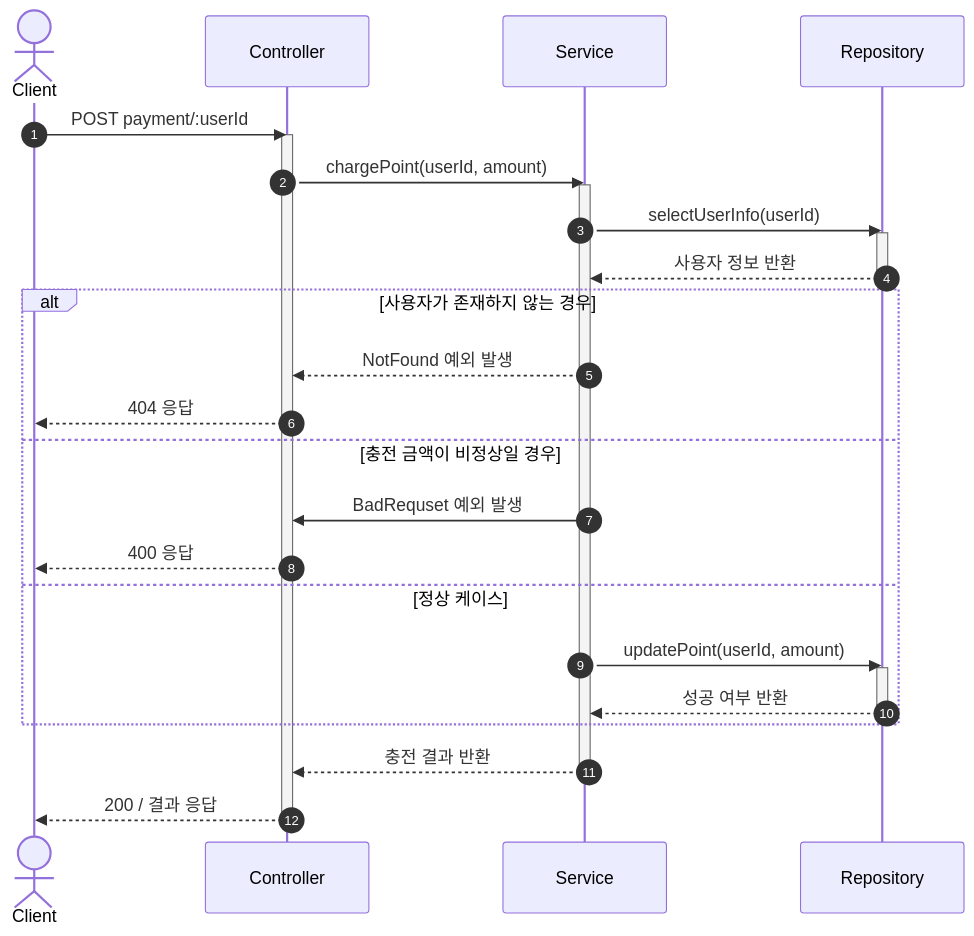
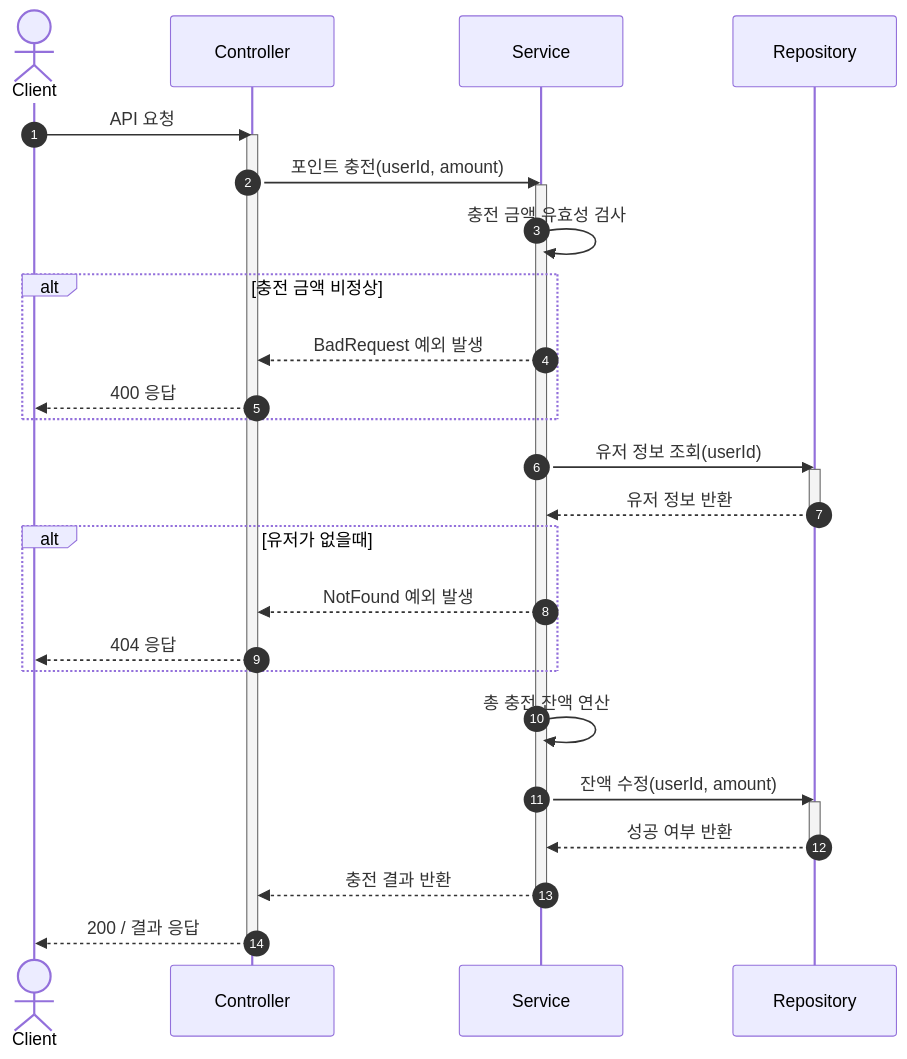
Before and after one commit to wooo73/hhplus-e-commerce: the first of 7 diagrams in docs/sequence-diagram.md, drawn with Mermaid. The commit also changed other lines of this file, not shown here.

First line of the commit message:
docs: 시퀀스 다이어그램 수정

````diff
--- a/docs/sequence-diagram.md
+++ b/docs/sequence-diagram.md
@@ -10,36 +10,38 @@
 ```mermaid
 sequenceDiagram
 autonumber
     actor Client
     participant Controller
     participant Service
     participant Repository
 
-    Client ->> Controller: POST payment/:userId
+    Client ->> Controller: API 요청
     activate Controller
-    Controller ->> Service: chargePoint(userId, amount)
+    Controller ->> Service: 포인트 충전(userId, amount)
     activate Service
 
-    Service ->> Repository: selectUserInfo(userId)
+    Service ->> Service: 충전 금액 유효성 검사
+    alt 충전 금액 비정상
+        Service -->> Controller: BadRequest 예외 발생
+        Controller -->> Client: 400 응답
+    end
+
+    Service ->> Repository: 유저 정보 조회(userId)
     activate Repository
-    Repository -->> Service: 사용자 정보 반환
+    Repository -->> Service: 유저 정보 반환
     deactivate Repository
-
-    alt 사용자가 존재하지 않는 경우
+    alt 유저가 없을때
         Service -->> Controller: NotFound 예외 발생
         Controller -->> Client: 404 응답
-    else 충전 금액이 비정상일 경우
-        Service ->> Controller: BadRequset 예외 발생
-        Controller -->> Client: 400 응답
-    else 정상 케이스
-        Service ->> Repository: updatePoint(userId, amount)
-        activate Repository
-        Repository -->> Service: 성공 여부 반환
-        deactivate Repository
     end
+
+    Service ->> Service: 총 충전 잔액 연산
+    Service ->> Repository: 잔액 수정(userId, amount)
+    activate Repository
+    Repository -->> Service: 성공 여부 반환
+    deactivate Repository
     Service -->> Controller: 충전 결과 반환
     deactivate Service
     Controller -->> Client: 200 / 결과 응답
     deactivate Controller
-
 ```
````
